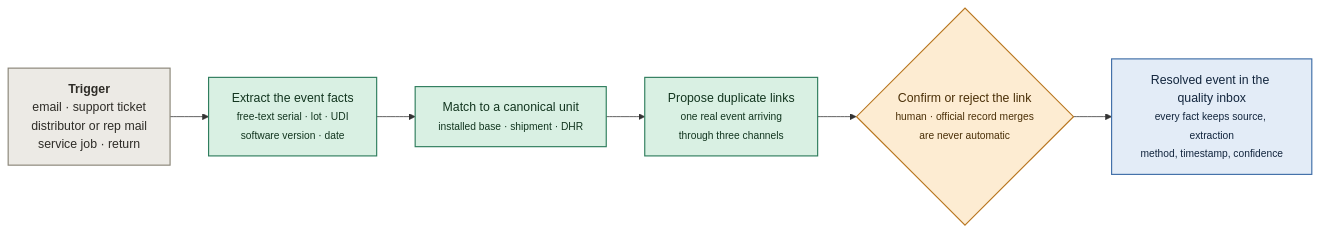
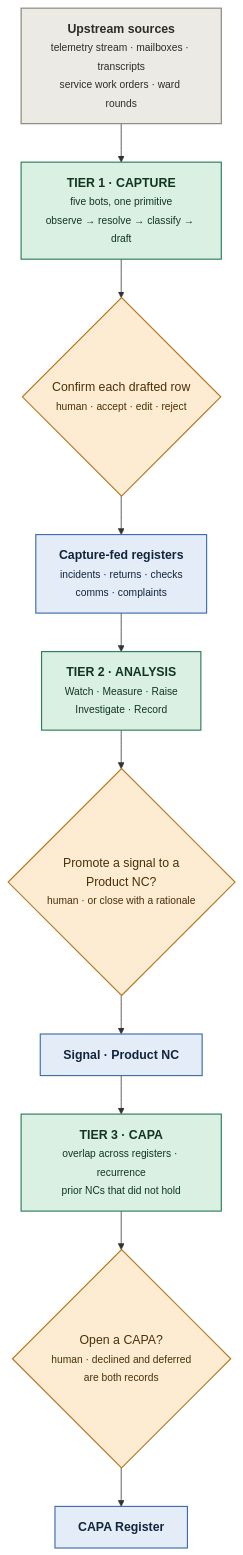
One commit to Tchanwangsa/forward-hack changed the first of 9 diagrams in plan/DIAGRAMS.md. Above: the diagram before and after it, drawn with Mermaid. The commit also changed other lines of this file and 15 other files, not shown here.

````diff
--- a/plan/DIAGRAMS.md
+++ b/plan/DIAGRAMS.md
@@ -32,18 +18,22 @@
 ```mermaid
-flowchart LR
-  T["<b>Trigger</b><br/>email · support ticket<br/>distributor or rep mail<br/>service job · return"]
-  A1["Extract the event facts<br/><small>free-text serial · lot · UDI<br/>software version · date</small>"]
-  A2["Match to a canonical unit<br/><small>installed base · shipment · DHR</small>"]
-  A3["Propose duplicate links<br/><small>one real event arriving<br/>through three channels</small>"]
-  G{"Confirm or reject the link<br/><small>human · official record merges<br/>are never automatic</small>"}
-  O["Resolved event in the quality inbox<br/><small>every fact keeps source, extraction<br/>method, timestamp, confidence</small>"]
-  T --> A1 --> A2 --> A3 --> G --> O
+flowchart TB
+  SRC["<b>Upstream sources</b><br/><small>telemetry stream · mailboxes · transcripts<br/>service work orders · ward rounds</small>"]
+  T1["<b>TIER 1 · CAPTURE</b><br/><small>five bots, one primitive<br/>observe → resolve → classify → draft</small>"]
+  G1{"Confirm each drafted row<br/><small>human · accept · edit · reject</small>"}
+  REG["<b>Capture-fed registers</b><br/><small>incidents · returns · checks<br/>comms · complaints</small>"]
+  T2["<b>TIER 2 · ANALYSIS</b><br/><small>Watch · Measure · Raise<br/>Investigate · Record</small>"]
+  G2{"Promote a signal to a<br/>Product NC?<br/><small>human · or close with a rationale</small>"}
+  NC["<b>Signal · Product NC</b>"]
+  T3["<b>TIER 3 · CAPA</b><br/><small>overlap across registers · recurrence<br/>prior NCs that did not hold</small>"]
+  G3{"Open a CAPA?<br/><small>human · declined and deferred<br/>are both records</small>"}
+  CAPA["<b>CAPA Register</b>"]
+  SRC --> T1 --> G1 --> REG --> T2 --> G2 --> NC --> T3 --> G3 --> CAPA
   classDef trigger fill:#eceae5,stroke:#8a8578,stroke-width:1.5px,color:#2e2c27
   classDef agent fill:#d9f0e3,stroke:#2f7d5d,stroke-width:1.5px,color:#12351f
   classDef gate fill:#fdecd2,stroke:#b8761f,stroke-width:1.5px,color:#4a2f07
   classDef out fill:#e3ecf7,stroke:#3f6ea8,stroke-width:1.5px,color:#12253d
-  class T trigger
-  class A1,A2,A3 agent
-  class G gate
-  class O out
+  class SRC trigger
+  class T1,T2,T3 agent
+  class G1,G2,G3 gate
+  class REG,NC,CAPA out
 ```
````
